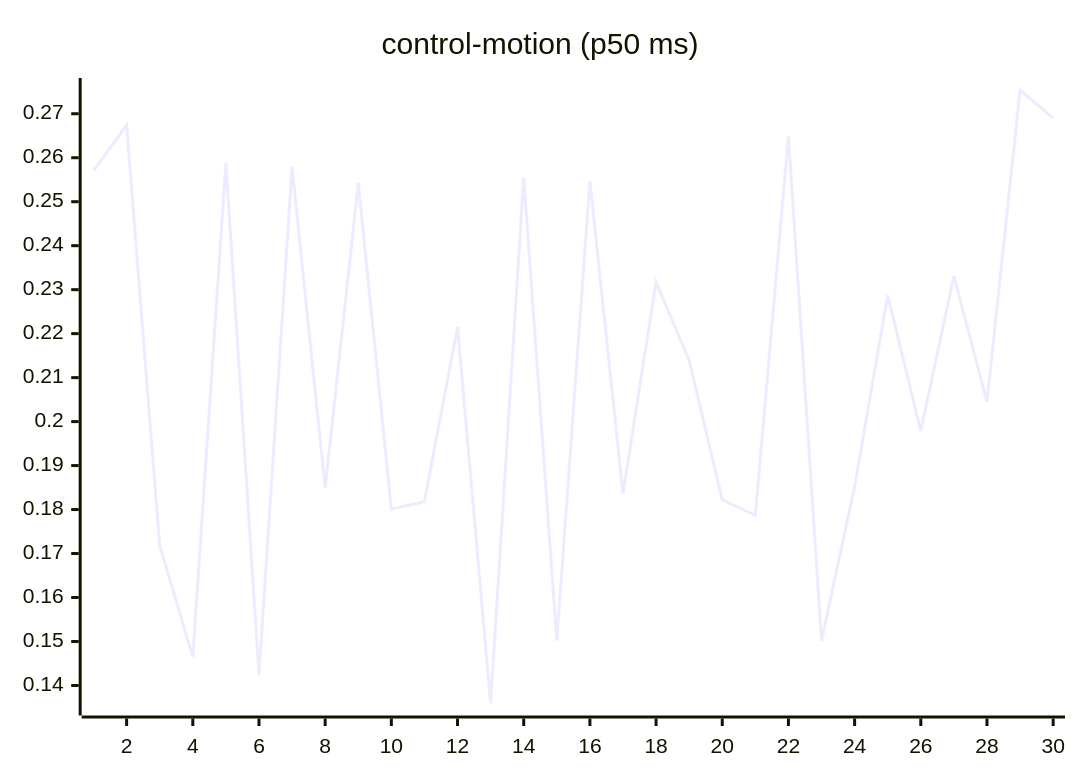
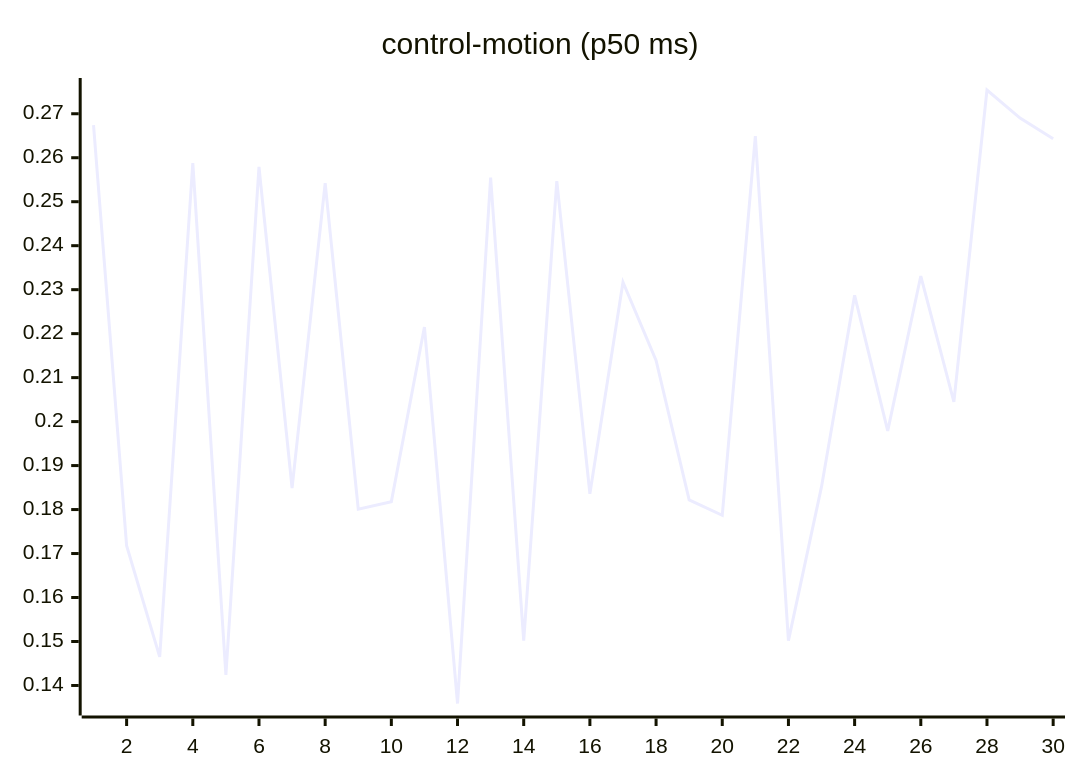
Before and after one commit to josha/Facet: the seventh of 27 diagrams in README.md, drawn with Mermaid. The commit also changed other lines of this file and 2 other files, not shown here.

````diff
--- a/README.md
+++ b/README.md
@@ -105,6 +105,6 @@
 ```mermaid
 xychart-beta
     title "control-motion (p50 ms)"
     x-axis 1 --> 30
-    line [0.2570, 0.2674, 0.1718, 0.1465, 0.2588, 0.1424, 0.2579, 0.1849, 0.2542, 0.1801, 0.1818, 0.2215, 0.1359, 0.2555, 0.1502, 0.2547, 0.1836, 0.2317, 0.2139, 0.1822, 0.1787, 0.2649, 0.1502, 0.1852, 0.2287, 0.1979, 0.2331, 0.2045, 0.2754, 0.2690]
+    line [0.2674, 0.1718, 0.1465, 0.2588, 0.1424, 0.2579, 0.1849, 0.2542, 0.1801, 0.1818, 0.2215, 0.1359, 0.2555, 0.1502, 0.2547, 0.1836, 0.2317, 0.2139, 0.1822, 0.1787, 0.2649, 0.1502, 0.1852, 0.2287, 0.1979, 0.2331, 0.2045, 0.2754, 0.2690, 0.2643]
 ```
````
